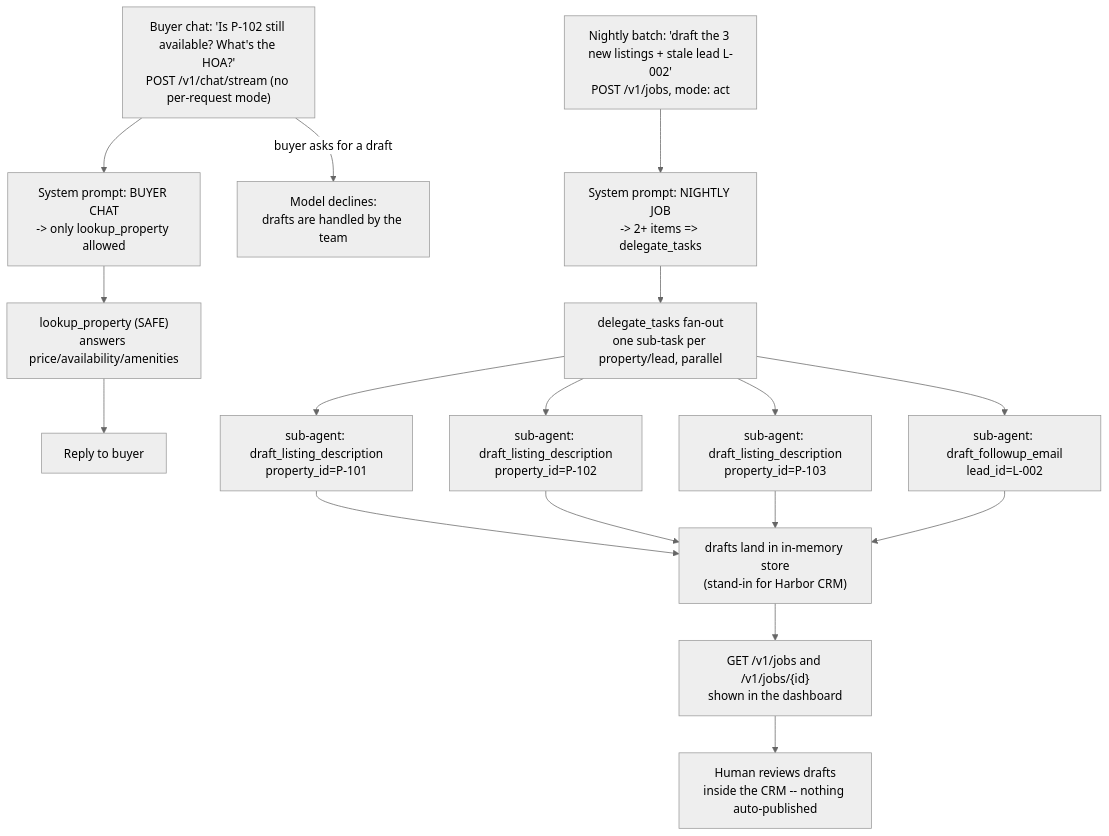
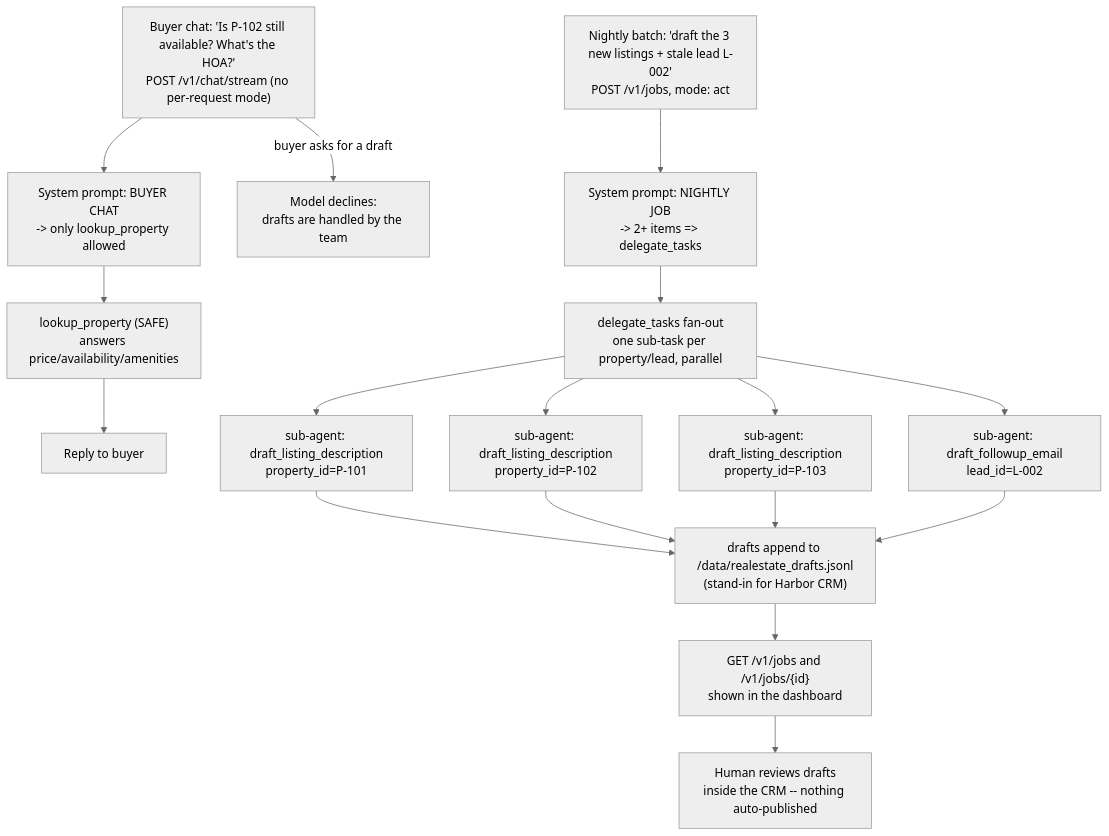
The diagram in real-estate/README.md (hedypamungkas/koboi-projects), drawn with Mermaid (neutral theme) before and after one commit. The commit also changed other lines of this file and 10 other files, not shown here.

````diff
--- a/real-estate/README.md
+++ b/real-estate/README.md
@@ -58,20 +58,20 @@
 ```mermaid
 flowchart TD
   A["Buyer chat: 'Is P-102 still available? What's the HOA?'<br/>POST /v1/chat/stream (no per-request mode)"] --> B["System prompt: BUYER CHAT<br/>-> only lookup_property allowed"]
   B --> C["lookup_property (SAFE)<br/>answers price/availability/amenities"]
   C --> D["Reply to buyer"]
   A -- buyer asks for a draft --> E["Model declines:<br/>drafts are handled by the team"]
 
   F["Nightly batch: 'draft the 3 new listings + stale lead L-002'<br/>POST /v1/jobs, mode: act"] --> G["System prompt: NIGHTLY JOB<br/>-> 2+ items => delegate_tasks"]
   G --> H["delegate_tasks fan-out<br/>one sub-task per property/lead, parallel"]
   H --> I1["sub-agent: draft_listing_description<br/>property_id=P-101"]
   H --> I2["sub-agent: draft_listing_description<br/>property_id=P-102"]
   H --> I3["sub-agent: draft_listing_description<br/>property_id=P-103"]
   H --> I4["sub-agent: draft_followup_email<br/>lead_id=L-002"]
-  I1 --> J["drafts land in in-memory store<br/>(stand-in for Harbor CRM)"]
+  I1 --> J["drafts append to /data/realestate_drafts.jsonl<br/>(stand-in for Harbor CRM)"]
   I2 --> J
   I3 --> J
   I4 --> J
   J --> K["GET /v1/jobs and /v1/jobs/{id}<br/>shown in the dashboard"]
   K --> L["Human reviews drafts<br/>inside the CRM -- nothing auto-published"]
 ```
````
